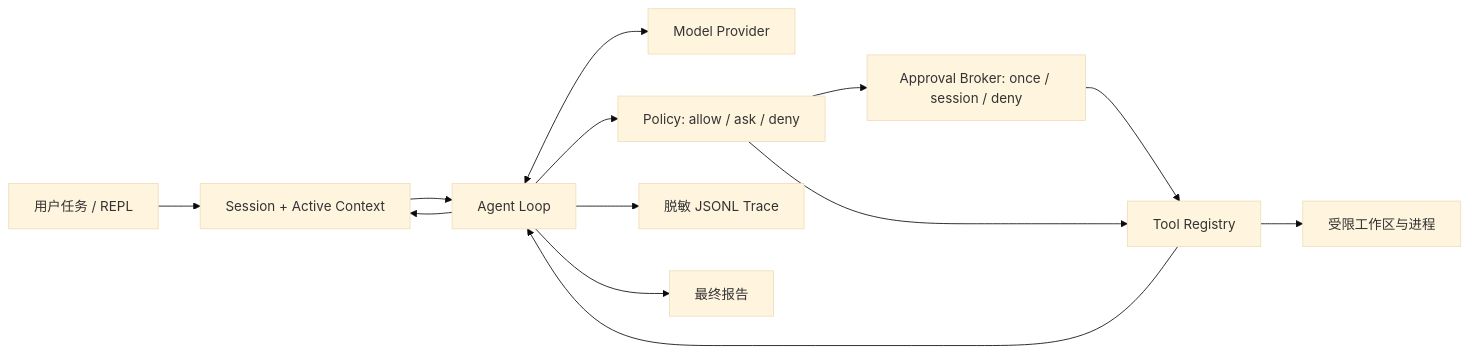
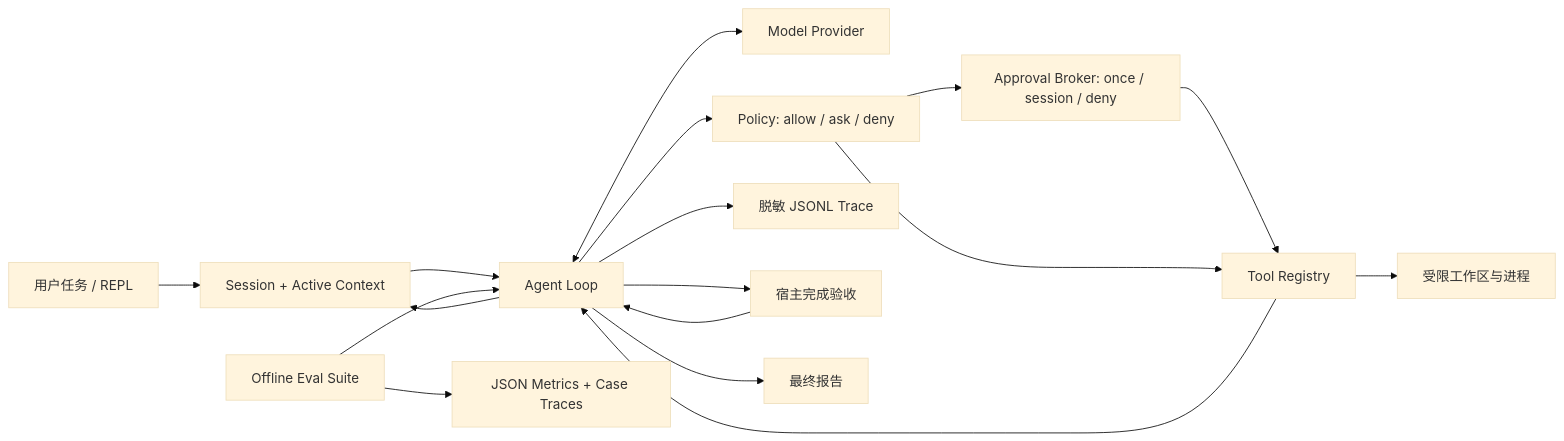
One commit to Huang1Hx/pi-claw changed the diagram in README.md. Above: the diagram before and after it, drawn with Mermaid (base theme). The commit also changed other lines of this file and 26 other files, not shown here.

````diff
--- a/README.md
+++ b/README.md
@@ -52,15 +56,19 @@
 ```mermaid
 flowchart LR
     U["用户任务 / REPL"] --> S["Session + Active Context"]
     S --> A["Agent Loop"]
     A <--> M["Model Provider"]
     A --> P["Policy: allow / ask / deny"]
     P --> B["Approval Broker: once / session / deny"]
     B --> T
     P --> T["Tool Registry"]
     T --> W["受限工作区与进程"]
     T --> A
     A --> J["脱敏 JSONL Trace"]
+    A --> V["宿主完成验收"]
+    V --> A
     A --> R["最终报告"]
     A --> S
+    E["Offline Eval Suite"] --> A
+    E --> Q["JSON Metrics + Case Traces"]
 ```
````
